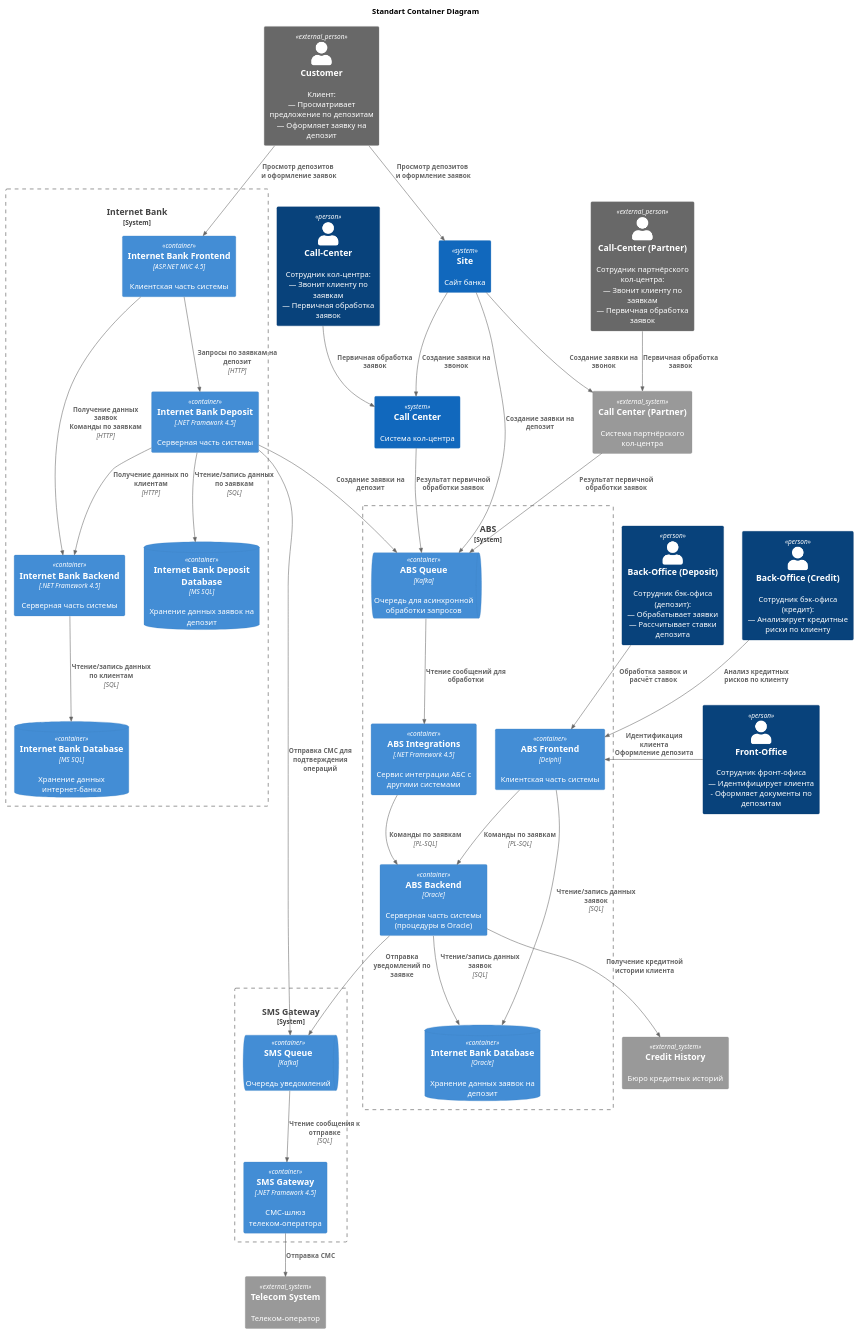
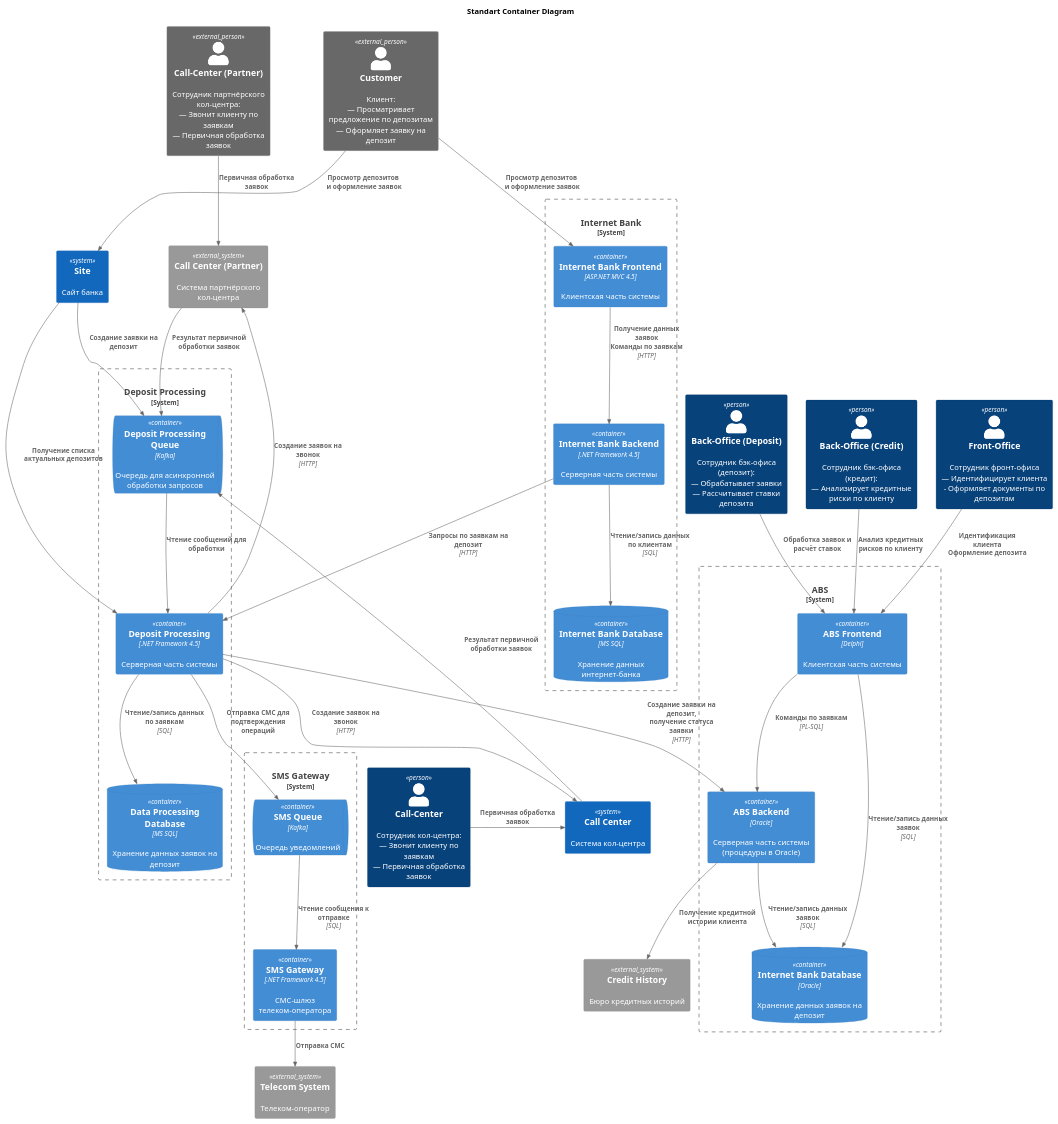
Before and after one commit to oreshkanet/ya-architecture-pro-standart: the diagram in Task3/Container.puml, drawn with PlantUML. The commit also changed 14 other files, not shown here.

```diff
--- a/Task3/Container.puml
+++ b/Task3/Container.puml
@@ -1,79 +1,81 @@
 @startuml Standart_Context
 title Standart Container Diagram
 
 !include ../c4/C4_Container.puml
 
 ' ПОЛЬЗОВАТЕЛИ
 Person_Ext(Customer, "Customer", "Клиент:\n— Просматривает предложение по депозитам\n— Оформляет заявку на депозит")
 Person_Ext(CallCenterParnerUser, "Call-Center (Partner)", "Сотрудник партнёрского кол-центра:\n— Звонит клиенту по заявкам\n— Первичная обработка заявок")
 Person(CallCenterUser, "Call-Center", "Сотрудник кол-центра:\n— Звонит клиенту по заявкам\n— Первичная обработка заявок")
 Person(BackOfficeDepositUser, "Back-Office (Deposit)", "Сотрудник бэк-офиса (депозит):\n— Обрабатывает заявки\n— Рассчитывает ставки депозита")
 Person(BackOfficeCreditUser, "Back-Office (Credit)", "Сотрудник бэк-офиса (кредит):\n— Анализирует кредитные риски по клиенту")
 Person(FrontOfficeUser, "Front-Office", "Сотрудник фронт-офиса\n— Идентифицирует клиента\n- Оформляет документы по депозитам")
 
 ' ВНЕШНИЕ СИСТЕМЫ
 System_Ext(TelecomSystem, "Telecom System", "Телеком-оператор")
 System_Ext(CallCenterPartnerSystem, "Call Center (Partner)", "Система партнёрского кол-центра")
 System_Ext(CreditHistorySystem, "Credit History", "Бюро кредитных историй")
 
 ' ВНУТРЕННИЕ СИСТЕМЫ
 System(CallCenterSystem, "Call Center", "Система кол-центра")
 System_Boundary(ABSSystem, "ABS", "Система АБС") {
     Container(ABSFrontend, "ABS Frontend", "Delphi", "Клиентская часть системы")
-    Container(ABSIntegrations, "ABS Integrations", ".NET Framework 4.5", "Сервис интеграции АБС с другими системами")
     Container(ABSBackend, "ABS Backend", "Oracle", "Серверная часть системы (процедуры в Oracle)")
     ContainerDb(ABSDatabase, "Internet Bank Database", "Oracle", "Хранение данных заявок на депозит")
-    ContainerQueue(ABSQueue, "ABS Queue", "Kafka", "Очередь для асинхронной обработки запросов")
     
     Rel(ABSFrontend, ABSBackend, "Команды по заявкам", "PL-SQL")  
-    Rel(ABSIntegrations, ABSBackend, "Команды по заявкам", "PL-SQL")  
-    Rel(ABSQueue, ABSIntegrations, "Чтение сообщений для обработки", "")  
     Rel(ABSFrontend, ABSDatabase, "Чтение/запись данных заявок", "SQL") 
     Rel(ABSBackend, ABSDatabase, "Чтение/запись данных заявок", "SQL")     
 }
 System_Boundary(InternetBankSystem, "Internet Bank", "Интернет-банк") {
     Container(InternetBankFrontend, "Internet Bank Frontend", "ASP.NET MVC 4.5", "Клиентская часть системы")
     Container(InternetBankBackend, "Internet Bank Backend", ".NET Framework 4.5", "Серверная часть системы")
-    Container(InternetBankDeposit, "Internet Bank Deposit", ".NET Framework 4.5", "Серверная часть системы")
     ContainerDb(InternetBankDatabase, "Internet Bank Database", "MS SQL", "Хранение данных интернет-банка")
-    ContainerDb(InternetBankDepositDatabase, "Internet Bank Deposit Database", "MS SQL", "Хранение данных заявок на депозит")
-
+    
     Rel(InternetBankFrontend, InternetBankBackend, "Получение данных заявок\nКоманды по заявкам", "HTTP")  
     Rel(InternetBankBackend, InternetBankDatabase, "Чтение/запись данных по клиентам", "SQL")
-    Rel(InternetBankFrontend, InternetBankDeposit, "Запросы по заявкам на депозит", "HTTP")
-    Rel(InternetBankDeposit, InternetBankBackend, "Получение данных по клиентам", "HTTP")
-    Rel(InternetBankDeposit, InternetBankDepositDatabase, "Чтение/запись данных по заявкам", "SQL")     
+}
+System_Boundary(DepositProcessingSystem, "Deposit Processing", "Процессинг депозитов") {
+    Container(DepositProcessing, "Deposit Processing", ".NET Framework 4.5", "Серверная часть системы")
+    ContainerDb(DepositProcessingDatabase, "Data Processing Database", "MS SQL", "Хранение данных заявок на депозит")
+    ContainerQueue(DepositProcessingQueue, "Deposit Processing Queue", "Kafka", "Очередь для асинхронной обработки запросов")
+    
+    Rel(DepositProcessing, DepositProcessingDatabase, "Чтение/запись данных по заявкам", "SQL")
+    Rel(DepositProcessingQueue, DepositProcessing, "Чтение сообщений для обработки", "")
 }
 System(SiteSystem, "Site", "Сайт банка")
 System_Boundary(SMSGatewaySystem, "SMS Gateway", "СМС-шлюз телеком-оператора") {
     ContainerQueue(SMSGatewayQueue, "SMS Queue", "Kafka", "Очередь уведомлений") 
     Container(SMSGateway, "SMS Gateway", ".NET Framework 4.5", "СМС-шлюз телеком-оператора") 
 
     Rel(SMSGatewayQueue, SMSGateway, "Чтение сообщения к отправке", "SQL")  
 }
 
 ' ВЗАИМОДЕЙСТВИЯ
 Rel(Customer, SiteSystem, "Просмотр депозитов\n и оформление заявок")
 Rel(Customer, InternetBankFrontend, "Просмотр депозитов\n и оформление заявок")
-Rel(CallCenterParnerUser, CallCenterPartnerSystem, "Первичная обработка заявок")
-Rel(CallCenterUser, CallCenterSystem, "Первичная обработка заявок")
+Rel_D(CallCenterParnerUser, CallCenterPartnerSystem, "Первичная обработка заявок")
+Rel_R(CallCenterUser, CallCenterSystem, "Первичная обработка заявок")
 Rel(BackOfficeDepositUser, ABSFrontend, "Обработка заявок и расчёт ставок")
 Rel(BackOfficeCreditUser, ABSFrontend, "Анализ кредитных рисков по клиенту")
-Rel_L(FrontOfficeUser, ABSFrontend, "Идентификация клиента\nОформление депозита")
+Rel(FrontOfficeUser, ABSFrontend, "Идентификация клиента\nОформление депозита")
 
-Rel(CallCenterSystem, ABSQueue, "Результат первичной обработки заявок")
-Rel(CallCenterPartnerSystem, ABSQueue, "Результат первичной обработки заявок")
+Rel(DepositProcessing, ABSBackend, "Создание заявки на депозит,\nполучение статуса заявки", "HTTP")  
+Rel(DepositProcessing, CallCenterSystem, "Создание заявок на звонок", "HTTP")  
+Rel_L(DepositProcessing, CallCenterPartnerSystem, "Создание заявок на звонок", "HTTP")  
+    
+
+Rel_R(CallCenterSystem, DepositProcessingQueue, "Результат первичной обработки заявок")
+Rel(CallCenterPartnerSystem, DepositProcessingQueue, "Результат первичной обработки заявок")
 
 Rel(SMSGateway, TelecomSystem, "Отправка СМС")
-Rel(SiteSystem, CallCenterPartnerSystem, "Создание заявки на звонок")
-Rel(SiteSystem, CallCenterSystem, "Создание заявки на звонок")
 
-Rel(ABSBackend, SMSGatewayQueue, "Отправка уведомлений по заявке")
 Rel(ABSBackend, CreditHistorySystem, "Получение кредитной истории клиента")
-Rel(InternetBankDeposit, SMSGatewayQueue, "Отправка СМС для подтверждения операций")
+Rel(DepositProcessing, SMSGatewayQueue, "Отправка СМС для подтверждения операций")
+Rel(InternetBankBackend, DepositProcessing, "Запросы по заявкам на депозит", "HTTP")
 
-Rel(InternetBankDeposit, ABSQueue, "Создание заявки на депозит")
-Rel(SiteSystem, ABSQueue, "Создание заявки на депозит")
+Rel(SiteSystem, DepositProcessingQueue, "Создание заявки на депозит")
+Rel(SiteSystem, DepositProcessing, "Получение списка актуальных депозитов")
 
 
 @enduml
```
